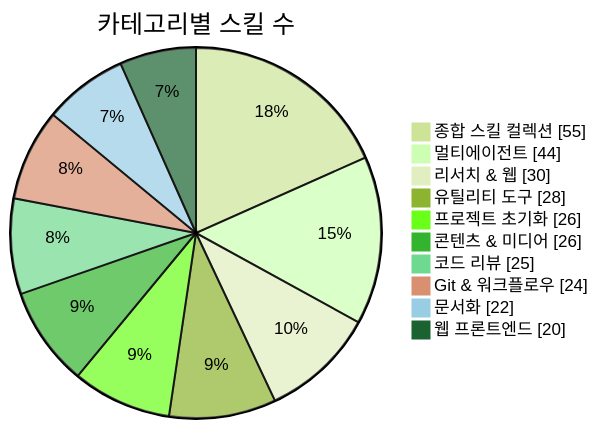
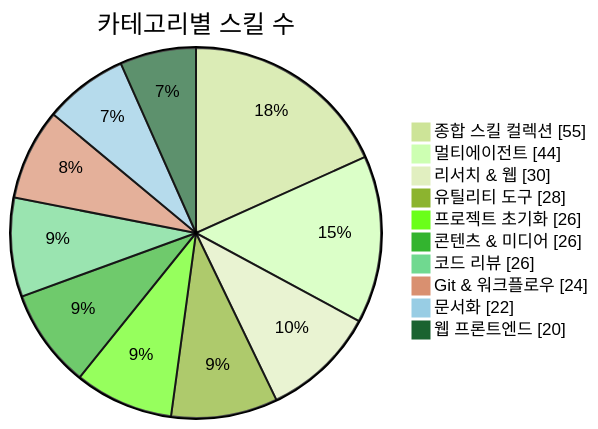
Before and after one commit to J-nowcow/awesome-korean-agent-skills: the first of 3 diagrams in README.md, drawn with Mermaid (forest theme). The commit also changed other lines of this file and 28 other files, not shown here.

````diff
--- a/README.md
+++ b/README.md
@@ -176,14 +176,14 @@
 ```mermaid
 pie showData
     title 카테고리별 스킬 수
     "종합 스킬 컬렉션" : 55
     "멀티에이전트" : 44
     "리서치 & 웹" : 30
     "유틸리티 도구" : 28
     "프로젝트 초기화" : 26
     "콘텐츠 & 미디어" : 26
-    "코드 리뷰" : 25
+    "코드 리뷰" : 26
     "Git & 워크플로우" : 24
     "문서화" : 22
     "웹 프론트엔드" : 20
 ```
````
